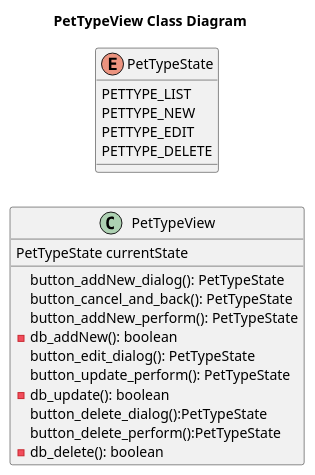
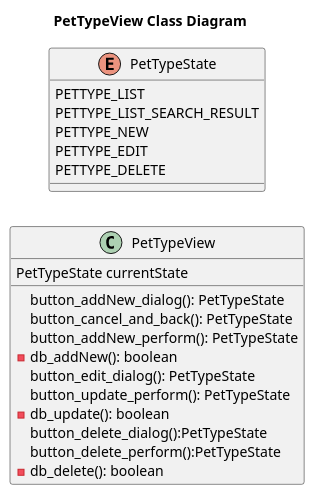
The diagram in puml/pettype/PetTypeView__Class.puml (Jakarta-EE-Petclinic/petclinic-uml), drawn with PlantUML before and after one commit. The commit also changed 1 other file, not shown here.

```diff
--- a/puml/pettype/PetTypeView__Class.puml
+++ b/puml/pettype/PetTypeView__Class.puml
@@ -1,30 +1,31 @@
 @startuml
 'https://plantuml.com/class-diagram
 
 title PetTypeView Class Diagram
 
 left to right direction
 'top to bottom direction
 
 class PetTypeView {
     PetTypeState currentState
     button_addNew_dialog(): PetTypeState
     button_cancel_and_back(): PetTypeState
     button_addNew_perform(): PetTypeState
     - db_addNew(): boolean
     button_edit_dialog(): PetTypeState
     button_update_perform(): PetTypeState
     - db_update(): boolean
     button_delete_dialog():PetTypeState
     button_delete_perform():PetTypeState
     - db_delete(): boolean
 }
 
 enum PetTypeState {
     PETTYPE_LIST
+    PETTYPE_LIST_SEARCH_RESULT
     PETTYPE_NEW
     PETTYPE_EDIT
     PETTYPE_DELETE
 }
 
 @enduml
```
